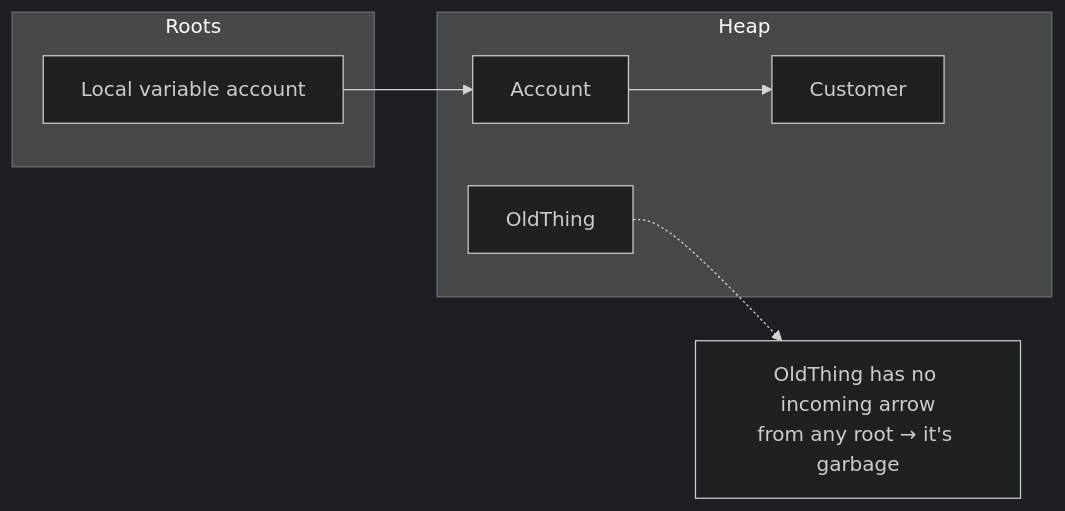
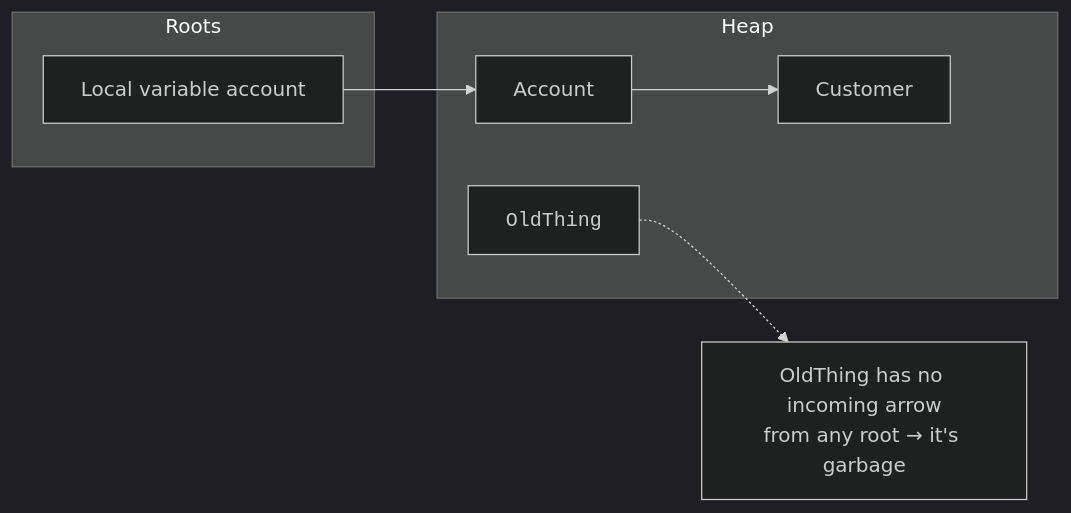
Before and after one commit to dataslope/dataslope: the fourth of 4 diagrams in content/learn/java-programming-for-beginners/jvm-conceptually.mdx, drawn with Mermaid (dark theme). The commit also changed 153 other files, not shown here.

First line of the commit message:
Render code-only mermaid shapes in monospace; convert step sequences to Steps

````diff
--- a/content/learn/java-programming-for-beginners/jvm-conceptually.mdx
+++ b/content/learn/java-programming-for-beginners/jvm-conceptually.mdx
@@ -133,15 +133,15 @@
 ```mermaid
 flowchart LR
     subgraph Roots
         L[Local variable account]
     end
     subgraph Heap
         A[Account]
         B[Customer]
-        C[OldThing]
+        C["<code>OldThing</code>"]
     end
     L --> A
     A --> B
     Note1["OldThing has no incoming arrow<br/>from any root → it's garbage"]
     C -.-> Note1
 ```
````
